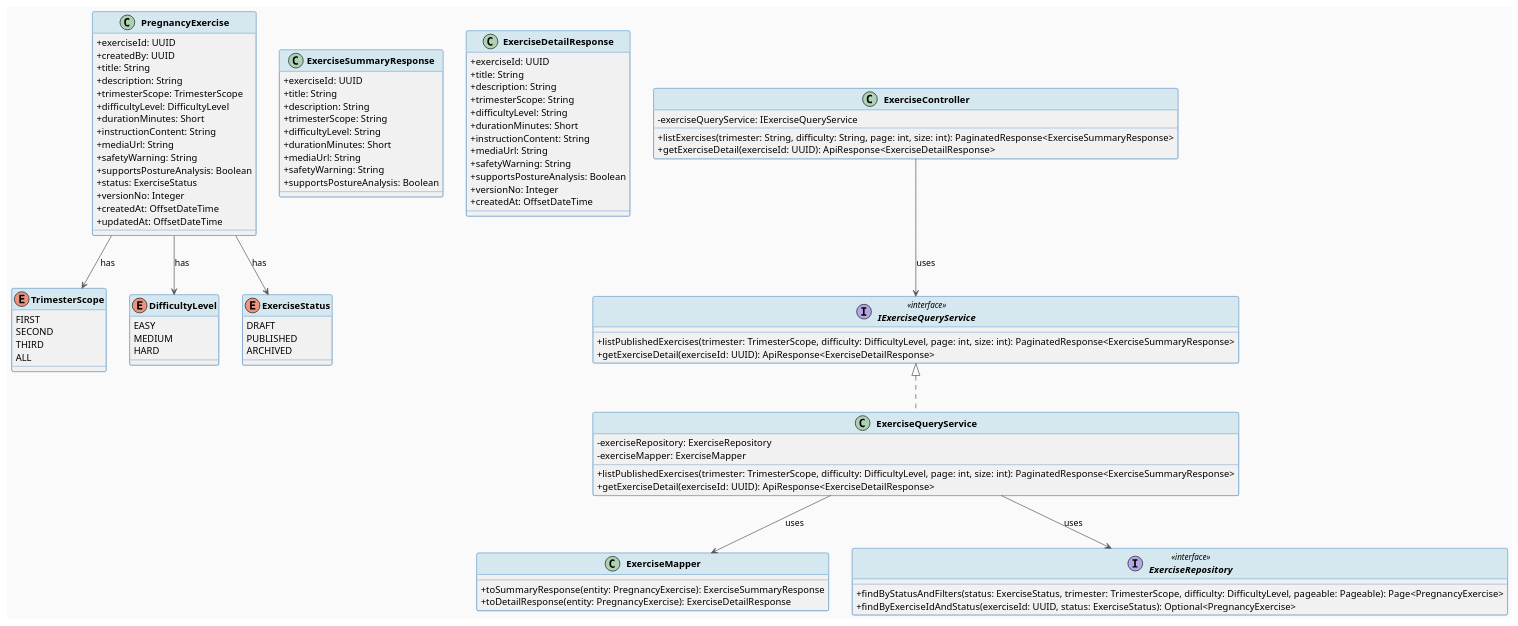
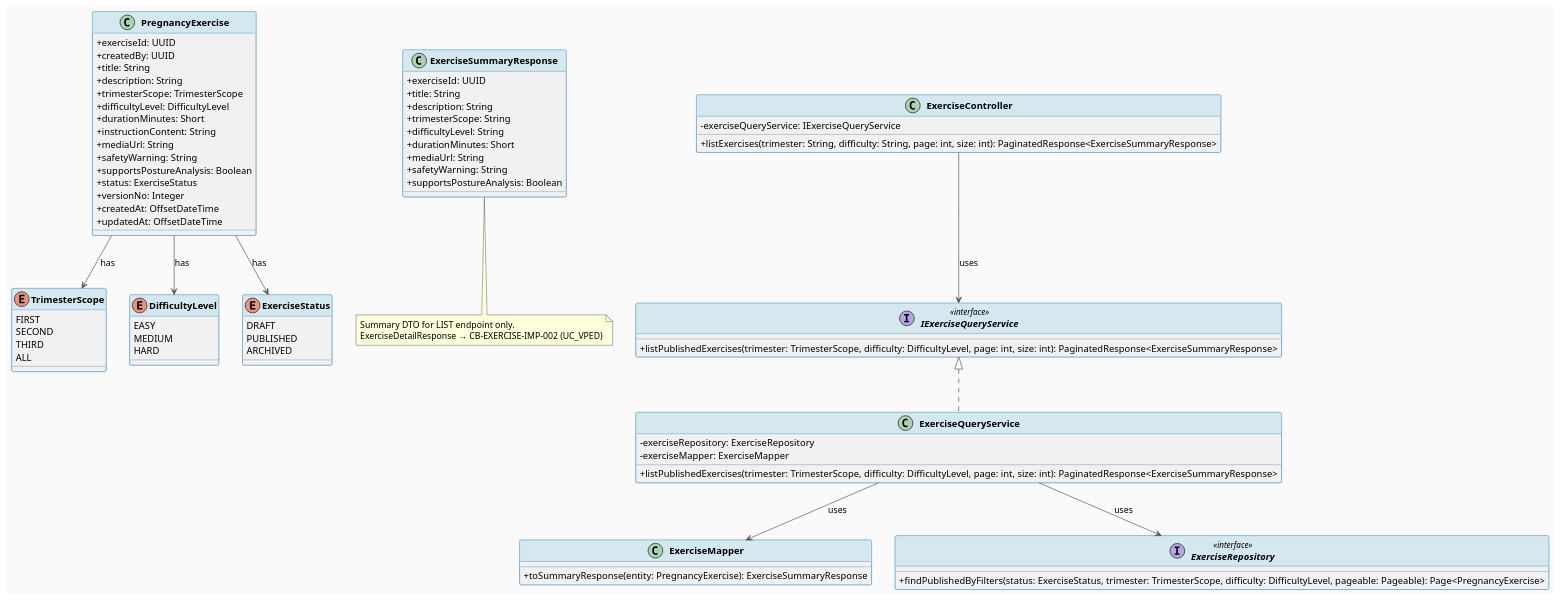
One commit to ChuongBDHE172784/CareBridge_SEP490_G79 changed the first of 4 diagrams in 04_Implement/UC29_ViewAndSelectPregnancyExercise/UC29_ViewAndSelectPregnancyExercise_TDS.md. Above: the diagram before and after it, drawn with PlantUML. The commit also changed other lines of this file and 375 other files, not shown here.

Commit message:
feat: implement security audit logs, pregnancy exercise query service, and authentication screens

```diff
--- a/04_Implement/UC29_ViewAndSelectPregnancyExercise/UC29_ViewAndSelectPregnancyExercise_TDS.md
+++ b/04_Implement/UC29_ViewAndSelectPregnancyExercise/UC29_ViewAndSelectPregnancyExercise_TDS.md
@@ -292,51 +287,36 @@
   + supportsPostureAnalysis: Boolean
 }
 
-class ExerciseDetailResponse {
-  + exerciseId: UUID
-  + title: String
-  + description: String
-  + trimesterScope: String
-  + difficultyLevel: String
-  + durationMinutes: Short
-  + instructionContent: String
-  + mediaUrl: String
-  + safetyWarning: String
-  + supportsPostureAnalysis: Boolean
-  + versionNo: Integer
-  + createdAt: OffsetDateTime
-}
+note bottom of ExerciseSummaryResponse
+  Summary DTO for LIST endpoint only.
+  ExerciseDetailResponse → CB-EXERCISE-IMP-002 (UC_VPED)
+end note
 
 ' === MAPPER ===
 class ExerciseMapper {
   + toSummaryResponse(entity: PregnancyExercise): ExerciseSummaryResponse
-  + toDetailResponse(entity: PregnancyExercise): ExerciseDetailResponse
 }
 
 ' === SERVICES ===
 interface IExerciseQueryService <<interface>> {
   + listPublishedExercises(trimester: TrimesterScope, difficulty: DifficultyLevel, page: int, size: int): PaginatedResponse<ExerciseSummaryResponse>
-  + getExerciseDetail(exerciseId: UUID): ApiResponse<ExerciseDetailResponse>
 }
 
 class ExerciseQueryService implements IExerciseQueryService {
   - exerciseRepository: ExerciseRepository
   - exerciseMapper: ExerciseMapper
   + listPublishedExercises(trimester: TrimesterScope, difficulty: DifficultyLevel, page: int, size: int): PaginatedResponse<ExerciseSummaryResponse>
-  + getExerciseDetail(exerciseId: UUID): ApiResponse<ExerciseDetailResponse>
 }
 
 ' === REPOSITORIES ===
 interface ExerciseRepository <<interface>> {
-  + findByStatusAndFilters(status: ExerciseStatus, trimester: TrimesterScope, difficulty: DifficultyLevel, pageable: Pageable): Page<PregnancyExercise>
-  + findByExerciseIdAndStatus(exerciseId: UUID, status: ExerciseStatus): Optional<PregnancyExercise>
+  + findPublishedByFilters(status: ExerciseStatus, trimester: TrimesterScope, difficulty: DifficultyLevel, pageable: Pageable): Page<PregnancyExercise>
 }
 
 ' === CONTROLLER ===
 class ExerciseController {
   - exerciseQueryService: IExerciseQueryService
   + listExercises(trimester: String, difficulty: String, page: int, size: int): PaginatedResponse<ExerciseSummaryResponse>
-  + getExerciseDetail(exerciseId: UUID): ApiResponse<ExerciseDetailResponse>
 }
 
 ' === RELATIONSHIPS ===
```
